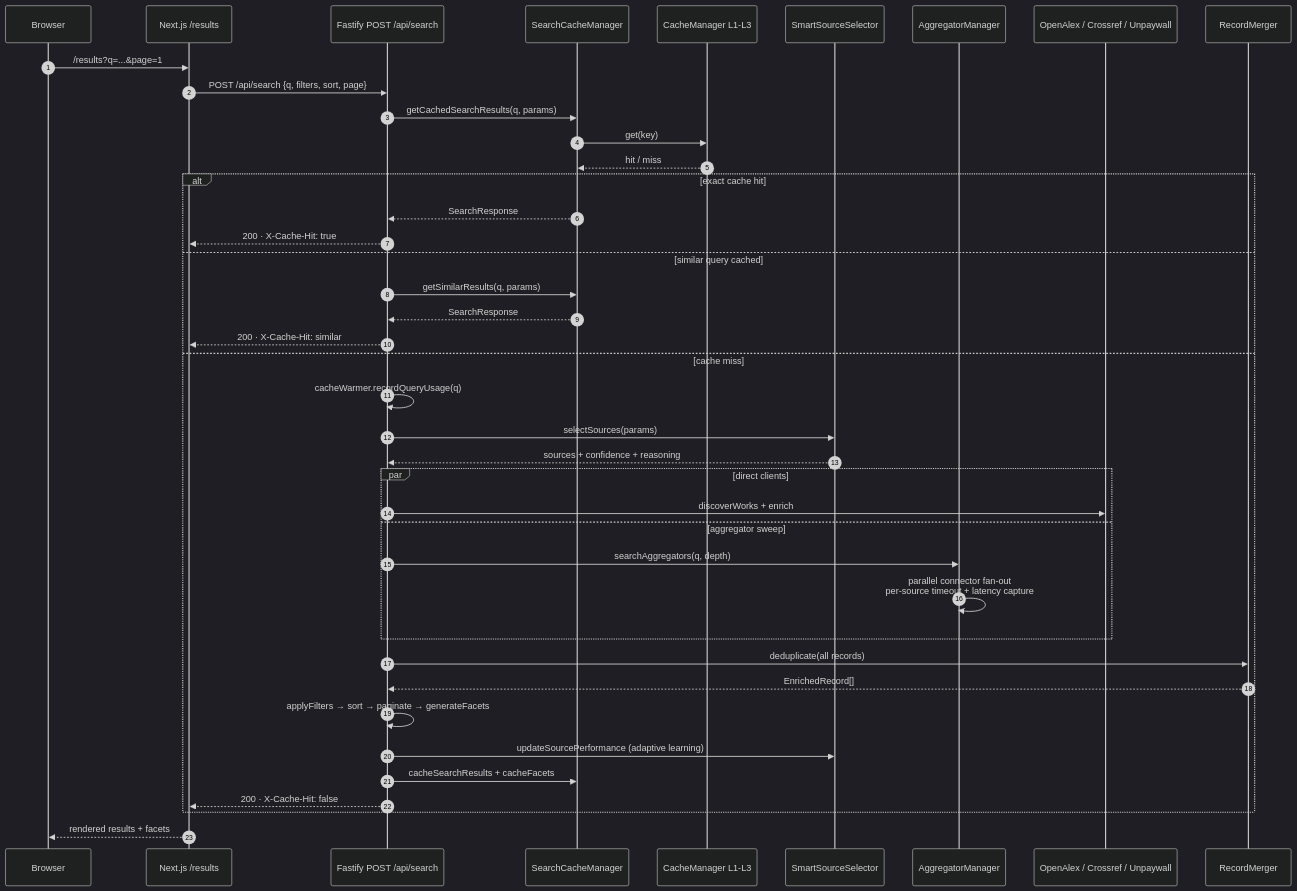
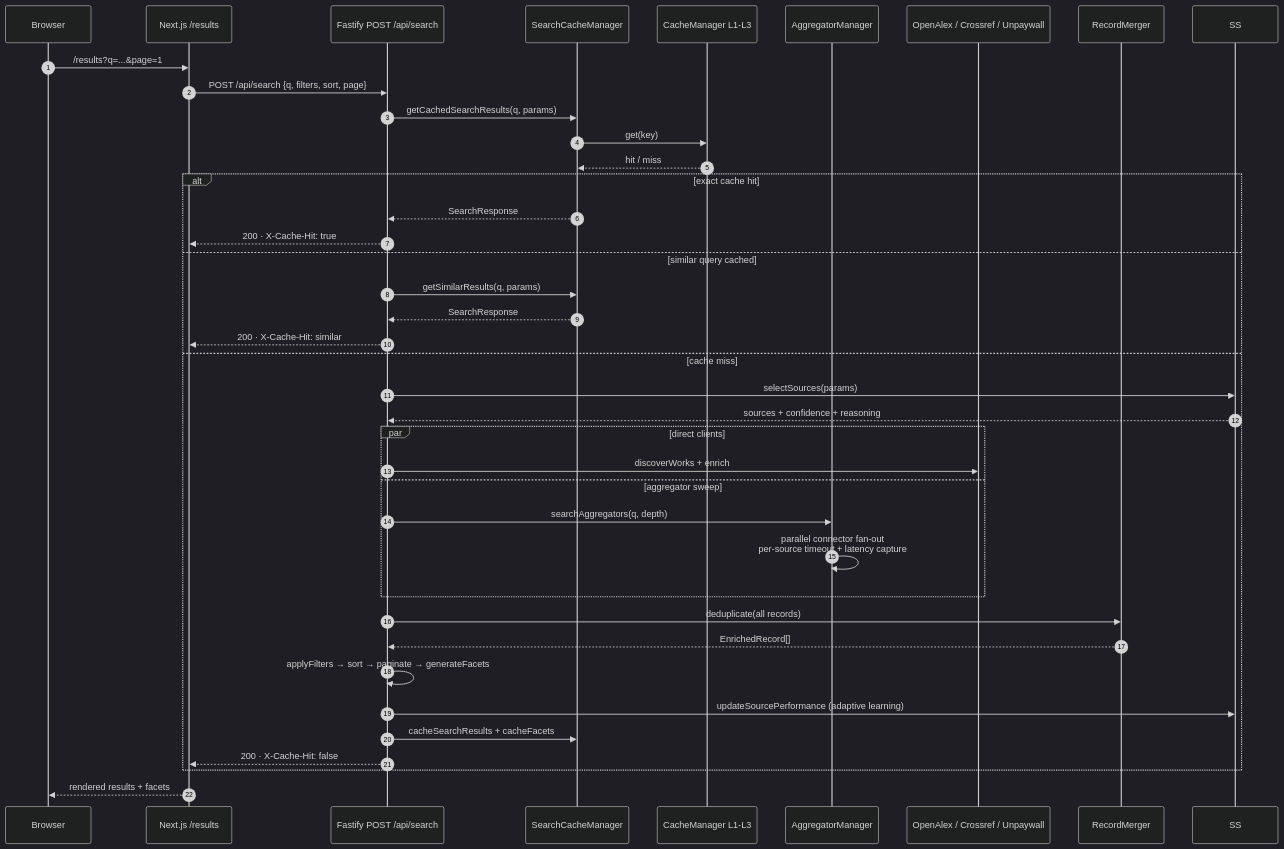
The second of 4 diagrams in docs/architecture-diagram.md (matiasrodlo/sci-open), drawn with Mermaid (dark theme) before and after one commit. The commit also changed other lines of this file and 12 other files, not shown here.

````diff
--- a/docs/architecture-diagram.md
+++ b/docs/architecture-diagram.md
@@ -260,46 +250,44 @@
 ```mermaid
 sequenceDiagram
     autonumber
     participant U as Browser
     participant N as Next.js /results
     participant F as Fastify POST /api/search
     participant SC as SearchCacheManager
     participant CM as CacheManager L1-L3
-    participant SS as SmartSourceSelector
     participant AG as AggregatorManager
     participant OA as OpenAlex / Crossref / Unpaywall
     participant RM as RecordMerger
 
     U->>N: /results?q=...&page=1
     N->>F: POST /api/search {q, filters, sort, page}
     F->>SC: getCachedSearchResults(q, params)
     SC->>CM: get(key)
     CM-->>SC: hit / miss
 
     alt exact cache hit
         SC-->>F: SearchResponse
         F-->>N: 200 · X-Cache-Hit: true
     else similar query cached
         F->>SC: getSimilarResults(q, params)
         SC-->>F: SearchResponse
         F-->>N: 200 · X-Cache-Hit: similar
     else cache miss
-        F->>F: cacheWarmer.recordQueryUsage(q)
         F->>SS: selectSources(params)
         SS-->>F: sources + confidence + reasoning
         par direct clients
             F->>OA: discoverWorks + enrich
         and aggregator sweep
             F->>AG: searchAggregators(q, depth)
             AG->>AG: parallel connector fan-out<br/>per-source timeout + latency capture
         end
         F->>RM: deduplicate(all records)
         RM-->>F: EnrichedRecord[]
         F->>F: applyFilters → sort → paginate → generateFacets
         F->>SS: updateSourcePerformance (adaptive learning)
         F->>SC: cacheSearchResults + cacheFacets
         F-->>N: 200 · X-Cache-Hit: false
     end
 
     N-->>U: rendered results + facets
 ```
````
